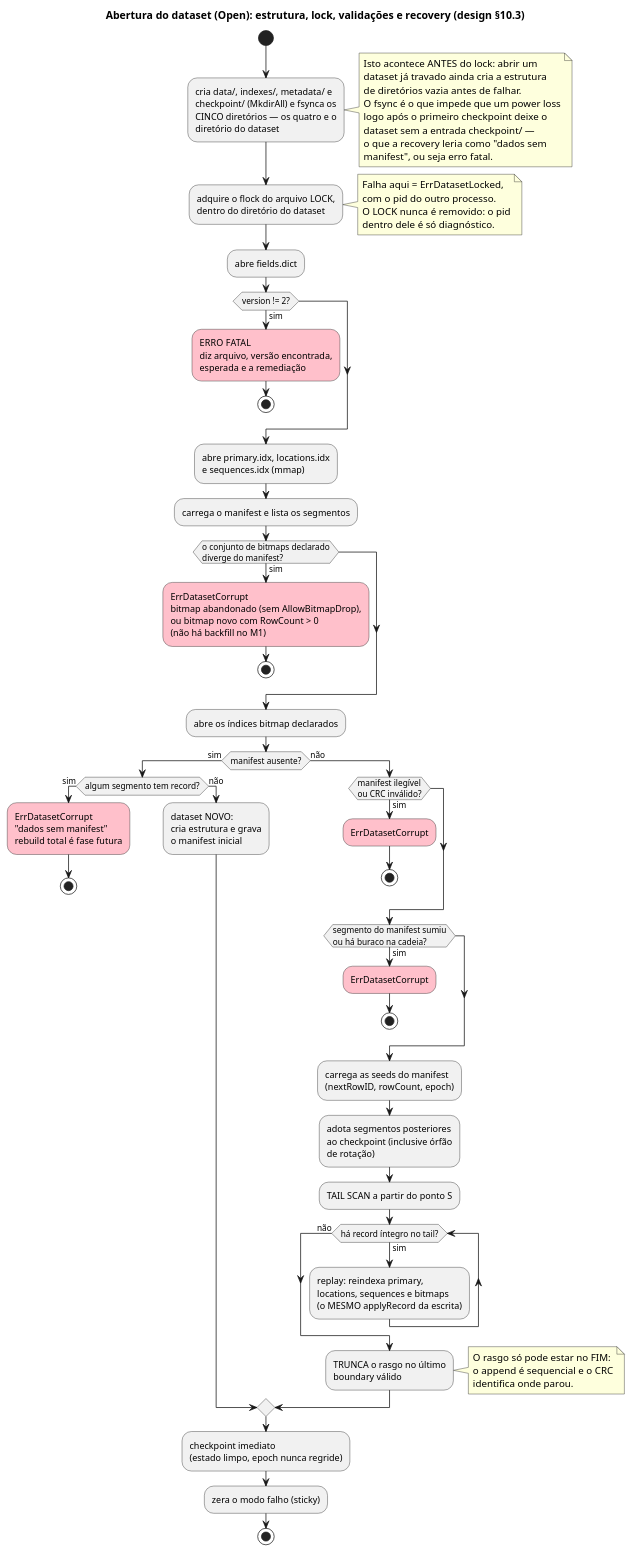
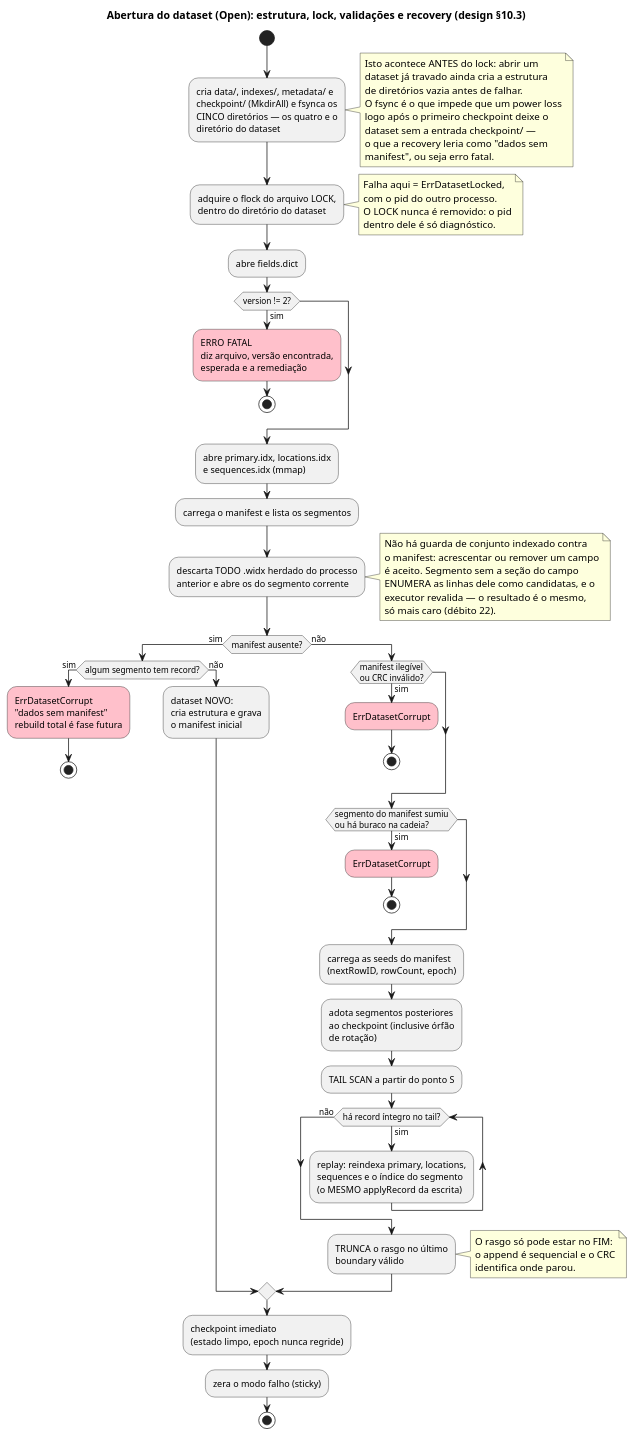
Before and after one commit to nishisan-dev/nishidb: the diagram in docs/diagrams/recovery_flow.puml, drawn with PlantUML. The commit also changed 44 other files, not shown here.

```diff
--- a/docs/diagrams/recovery_flow.puml
+++ b/docs/diagrams/recovery_flow.puml
@@ -1,79 +1,85 @@
 @startuml recovery_flow
 title Abertura do dataset (Open): estrutura, lock, validações e recovery (design §10.3)
 
 start
 :cria data/, indexes/, metadata/ e
 checkpoint/ (MkdirAll) e fsynca os
 CINCO diretórios — os quatro e o
 diretório do dataset;
 note right
   Isto acontece ANTES do lock: abrir um
   dataset já travado ainda cria a estrutura
   de diretórios vazia antes de falhar.
   O fsync é o que impede que um power loss
   logo após o primeiro checkpoint deixe o
   dataset sem a entrada checkpoint/ —
   o que a recovery leria como "dados sem
   manifest", ou seja erro fatal.
 end note
 
 :adquire o flock do arquivo LOCK,
 dentro do diretório do dataset;
 note right
   Falha aqui = ErrDatasetLocked,
   com o pid do outro processo.
   O LOCK nunca é removido: o pid
   dentro dele é só diagnóstico.
 end note
 
 :abre fields.dict;
 if (version != 2?) then (sim)
   #pink:ERRO FATAL\ndiz arquivo, versão encontrada,\nesperada e a remediação;
   stop
 endif
 
 :abre primary.idx, locations.idx
 e sequences.idx (mmap);
 :carrega o manifest e lista os segmentos;
 
-if (o conjunto de bitmaps declarado\ndiverge do manifest?) then (sim)
-  #pink:ErrDatasetCorrupt\nbitmap abandonado (sem AllowBitmapDrop),\nou bitmap novo com RowCount > 0\n(não há backfill no M1);
-  stop
-endif
-:abre os índices bitmap declarados;
+:descarta TODO .widx herdado do processo
+anterior e abre os do segmento corrente;
+
+note right
+  Não há guarda de conjunto indexado contra
+  o manifest: acrescentar ou remover um campo
+  é aceito. Segmento sem a seção do campo
+  ENUMERA as linhas dele como candidatas, e o
+  executor revalida — o resultado é o mesmo,
+  só mais caro (débito 22).
+end note
 
 if (manifest ausente?) then (sim)
   if (algum segmento tem record?) then (sim)
     #pink:ErrDatasetCorrupt\n"dados sem manifest"\nrebuild total é fase futura;
     stop
   else (não)
     :dataset NOVO:\ncria estrutura e grava\no manifest inicial;
   endif
 else (não)
   if (manifest ilegível\nou CRC inválido?) then (sim)
     #pink:ErrDatasetCorrupt;
     stop
   endif
   if (segmento do manifest sumiu\nou há buraco na cadeia?) then (sim)
     #pink:ErrDatasetCorrupt;
     stop
   endif
 
   :carrega as seeds do manifest\n(nextRowID, rowCount, epoch);
   :adota segmentos posteriores\nao checkpoint (inclusive órfão\nde rotação);
   :TAIL SCAN a partir do ponto S;
   while (há record íntegro no tail?) is (sim)
-    :replay: reindexa primary,\nlocations, sequences e bitmaps\n(o MESMO applyRecord da escrita);
+    :replay: reindexa primary, locations,\nsequences e o índice do segmento\n(o MESMO applyRecord da escrita);
   endwhile (não)
   :TRUNCA o rasgo no último\nboundary válido;
   note right
     O rasgo só pode estar no FIM:
     o append é sequencial e o CRC
     identifica onde parou.
   end note
 endif
 
 :checkpoint imediato\n(estado limpo, epoch nunca regride);
 :zera o modo falho (sticky);
 stop
 @enduml
```
